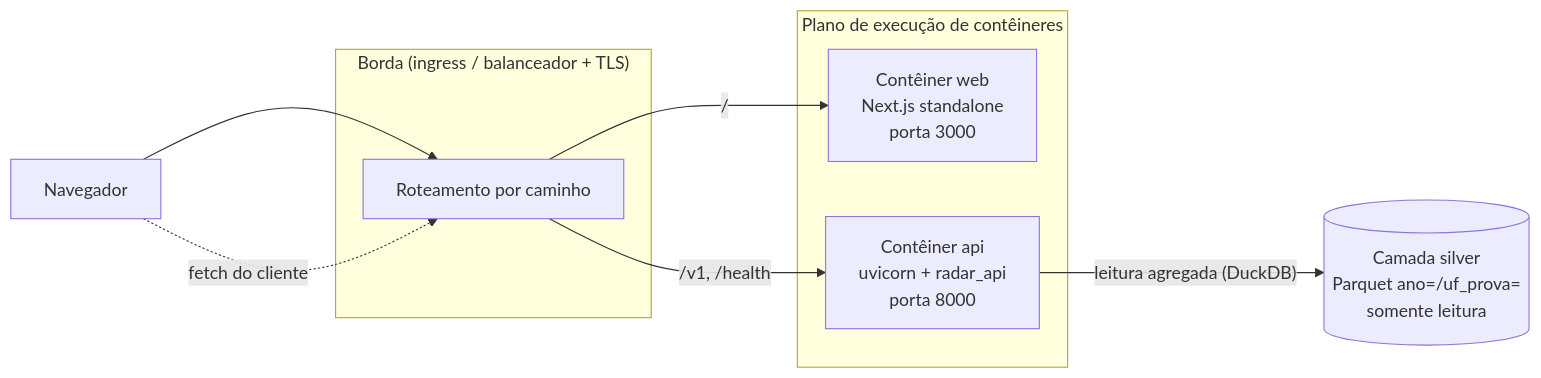
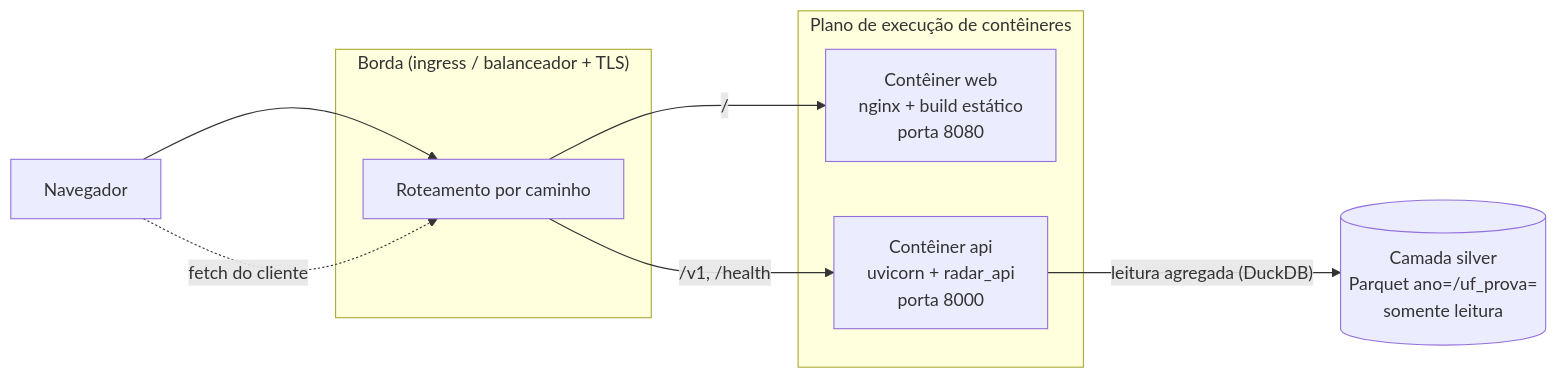
The diagram in docs/implantacao.md (NyrxScar/StartINEP---ENEM-em-Foco-Sua-nota-conta-o-contexto-revela.), drawn with Mermaid before and after one commit. The commit also changed other lines of this file and 52 other files, not shown here.

````diff
--- a/docs/implantacao.md
+++ b/docs/implantacao.md
@@ -27,18 +27,18 @@
 ```mermaid
 flowchart LR
     NAV["Navegador"]
     subgraph BORDA["Borda (ingress / balanceador + TLS)"]
         ING["Roteamento por caminho"]
     end
     subgraph EXEC["Plano de execução de contêineres"]
-        WEB["Contêiner web<br/>Next.js standalone<br/>porta 3000"]
+        WEB["Contêiner web<br/>nginx + build estático<br/>porta 8080"]
         API["Contêiner api<br/>uvicorn + radar_api<br/>porta 8000"]
     end
     SILVER[("Camada silver<br/>Parquet ano=/uf_prova=<br/>somente leitura")]
 
     NAV --> ING
     ING -->|"/"| WEB
     ING -->|"/v1, /health"| API
     NAV -.->|"fetch do cliente"| ING
     API -->|"leitura agregada (DuckDB)"| SILVER
 ```
````
